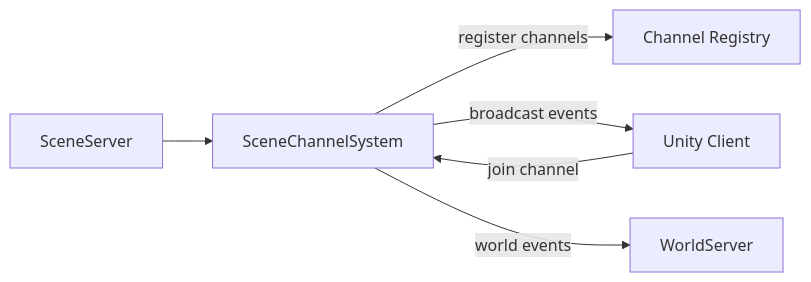
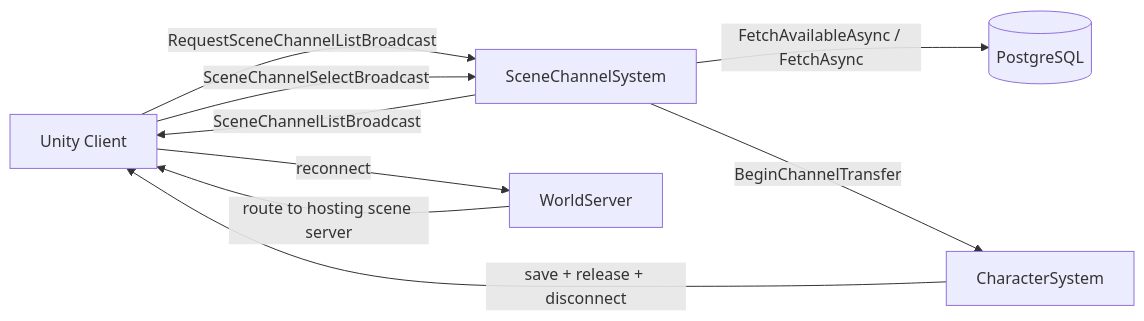
One commit to jimdroberts/FishMMO changed the diagram in FishMMO-Unity/Assets/Scripts/Server/Implementation/World/SceneServer/SceneChannel/README.md. Above: the diagram before and after it, drawn with Mermaid. The commit also changed other lines of this file and 62 other files, not shown here.

````diff
--- a/FishMMO-Unity/Assets/Scripts/Server/Implementation/World/SceneServer/SceneChannel/README.md
+++ b/FishMMO-Unity/Assets/Scripts/Server/Implementation/World/SceneServer/SceneChannel/README.md
@@ -279,8 +282,11 @@
 ```mermaid
 flowchart LR
-    Scene[SceneServer] --> SCS[SceneChannelSystem]
-    SCS -->|register channels| Registry[Channel Registry]
-    Client[Unity Client] -->|join channel| SCS
-    SCS -->|broadcast events| Client
-    SCS -->|world events| World[WorldServer]
+    Client[Unity Client] -->|RequestSceneChannelListBroadcast| SCS[SceneChannelSystem]
+    SCS -->|FetchAvailableAsync / FetchAsync| DB[(PostgreSQL)]
+    SCS -->|SceneChannelListBroadcast| Client
+    Client -->|SceneChannelSelectBroadcast| SCS
+    SCS -->|BeginChannelTransfer| CS[CharacterSystem]
+    CS -->|save + release + disconnect| Client
+    Client -->|reconnect| World[WorldServer]
+    World -->|route to hosting scene server| Client
 ```
````
